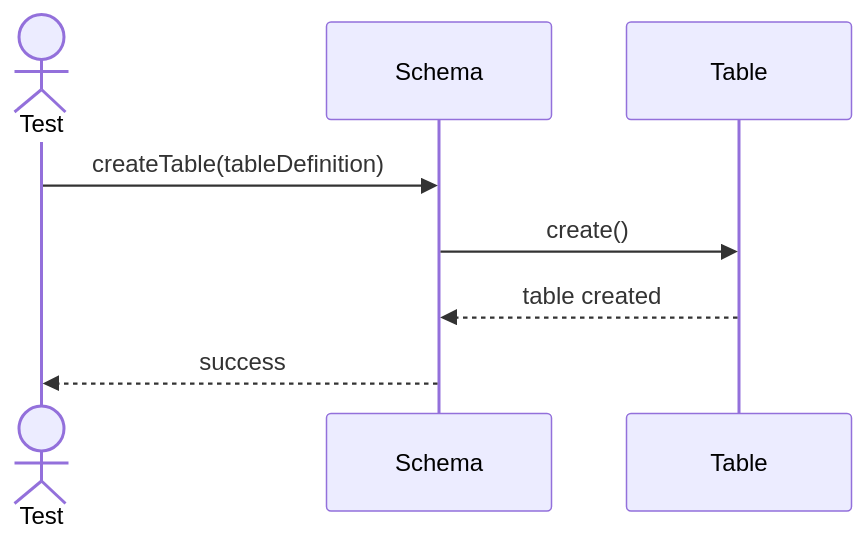
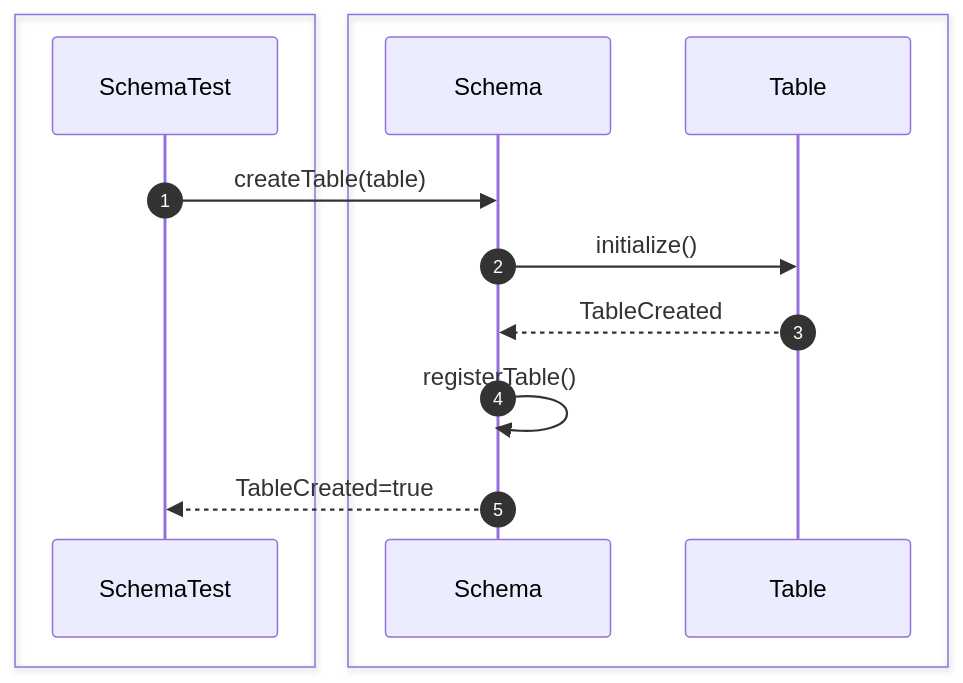
The third of 42 diagrams in src/sequence/db-object.md (Huy1801214/dbms-architecture), drawn with Mermaid before and after one commit. The commit also changed other lines of this file, not shown here.

Commit message:
add sequence diagrams for database object unit tests

````diff
--- a/src/sequence/db-object.md
+++ b/src/sequence/db-object.md
@@ -27,11 +47,21 @@
 ```mermaid
 sequenceDiagram
-    actor Test
-    participant Schema
-    participant Table
+    autonumber
+    box #e1f5fe Test Suite
+    participant Test as SchemaTest
+    end
+    box #e8f5e9 Database Objects
+    participant Schema as Schema
+    participant Table as Table
+    end
 
-    Test->>Schema: createTable(tableDefinition)
-    Schema->>Table: create()
-    Table-->>Schema: table created
-    Schema-->>Test: success
+    Test->>Schema: createTable(table)
+
+    Schema->>Table: initialize()
+
+    Table-->>Schema: TableCreated
+
+    Schema->>Schema: registerTable()
+
+    Schema-->>Test: TableCreated=true
 ```
````
